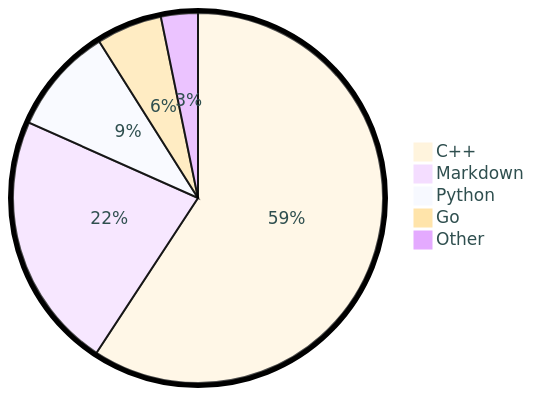
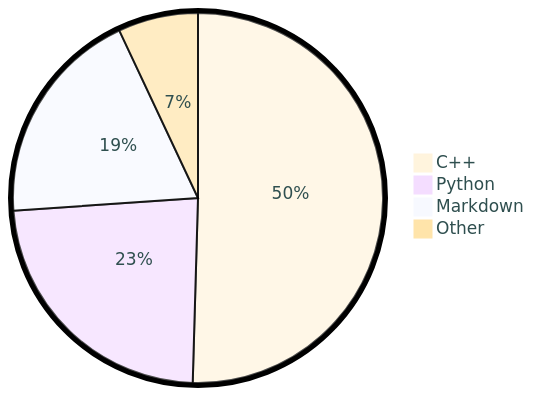
One commit to tot0p/tot0p changed the diagram in README.md. Above: the diagram before and after it, drawn with Mermaid. The commit also changed other lines of this file, not shown here.

````diff
--- a/README.md
+++ b/README.md
@@ -79,9 +79,8 @@
 ```mermaid
 %%{init: {"pie": {"textPosition": 0.5}, "themeVariables": {"pieOuterStrokeWidth": "5px","primaryTextColor" : "#2F4F4F"},"theme":"base"} }%%
 pie
-	"C++": 59.23
-	"Markdown": 22.44
-	"Python": 9.36
-	"Go": 5.74
-	"Other": 3.2199999999999993
+	"C++": 50.45
+	"Python": 23.45
+	"Markdown": 19.1
+	"Other": 6.99
 ```
````
